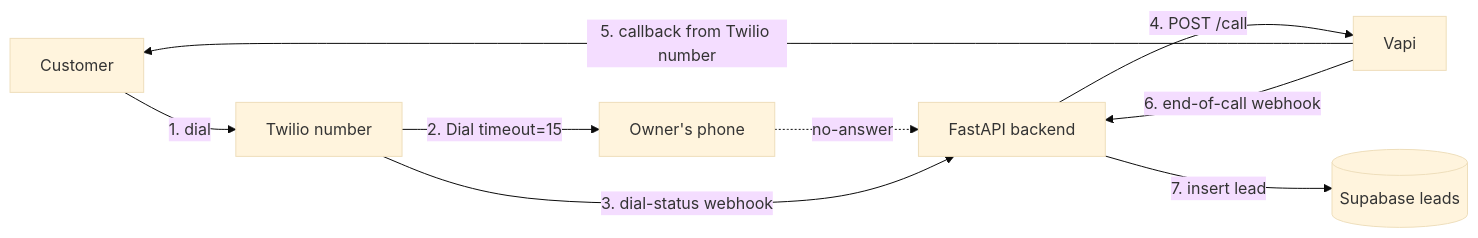
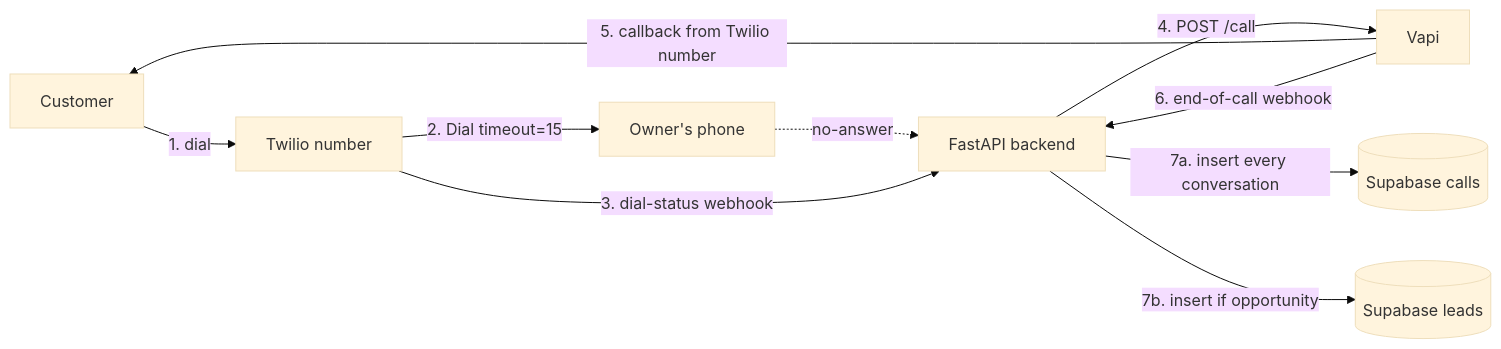
Before and after one commit to attiameiryosef-collab/missed-callback-ai: the diagram in README.md, drawn with Mermaid (base theme). The commit also changed other lines of this file and 3 other files, not shown here.

First line of the commit message:
Split storage: add calls table; leads becomes opportunity-only

````diff
--- a/README.md
+++ b/README.md
@@ -35,11 +35,12 @@
 ```mermaid
 flowchart LR
     A[Customer] -->|1. dial| B[Twilio number]
     B -->|2. Dial timeout=15| C[Owner's phone]
     C -. no-answer .-> D[FastAPI backend]
     B -->|3. dial-status webhook| D
     D -->|4. POST /call| E[Vapi]
     E -->|5. callback from Twilio number| A
     E -->|6. end-of-call webhook| D
-    D -->|7. insert lead| F[(Supabase leads)]
+    D -->|7a. insert every conversation| F[(Supabase calls)]
+    D -->|7b. insert if opportunity| G[(Supabase leads)]
 ```
````
